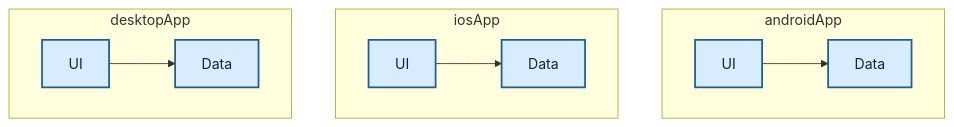
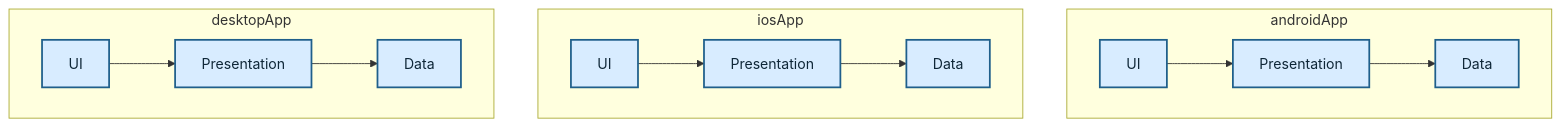
One commit to TheSetox/kmp-sample-diagrams changed the diagram in diagrams/04-layered-native.md. Above: the diagram before and after it, drawn with Mermaid. The commit also changed other lines of this file and 18 other files, not shown here.

Commit message:
docs: clarify kmp and native diagram boundaries

````diff
--- a/diagrams/04-layered-native.md
+++ b/diagrams/04-layered-native.md
@@ -5,23 +5,26 @@
 ```mermaid
 flowchart TB
   subgraph Android["androidApp"]
     AUI["UI"]
+    APresentation["Presentation"]
     AData["Data"]
-    AUI --> AData
+    AUI --> APresentation --> AData
   end
 
   subgraph IOS["iosApp"]
     IUI["UI"]
+    IPresentation["Presentation"]
     IData["Data"]
-    IUI --> IData
+    IUI --> IPresentation --> IData
   end
 
   subgraph Desktop["desktopApp"]
     DUI["UI"]
+    DPresentation["Presentation"]
     DData["Data"]
-    DUI --> DData
+    DUI --> DPresentation --> DData
   end
 
   classDef layer fill:#d8ecff,stroke:#1f5f8b,color:#0f2738,stroke-width:2px;
-  class AUI,AData,IUI,IData,DUI,DData layer;
+  class AUI,APresentation,AData,IUI,IPresentation,IData,DUI,DPresentation,DData layer;
 ```
````
